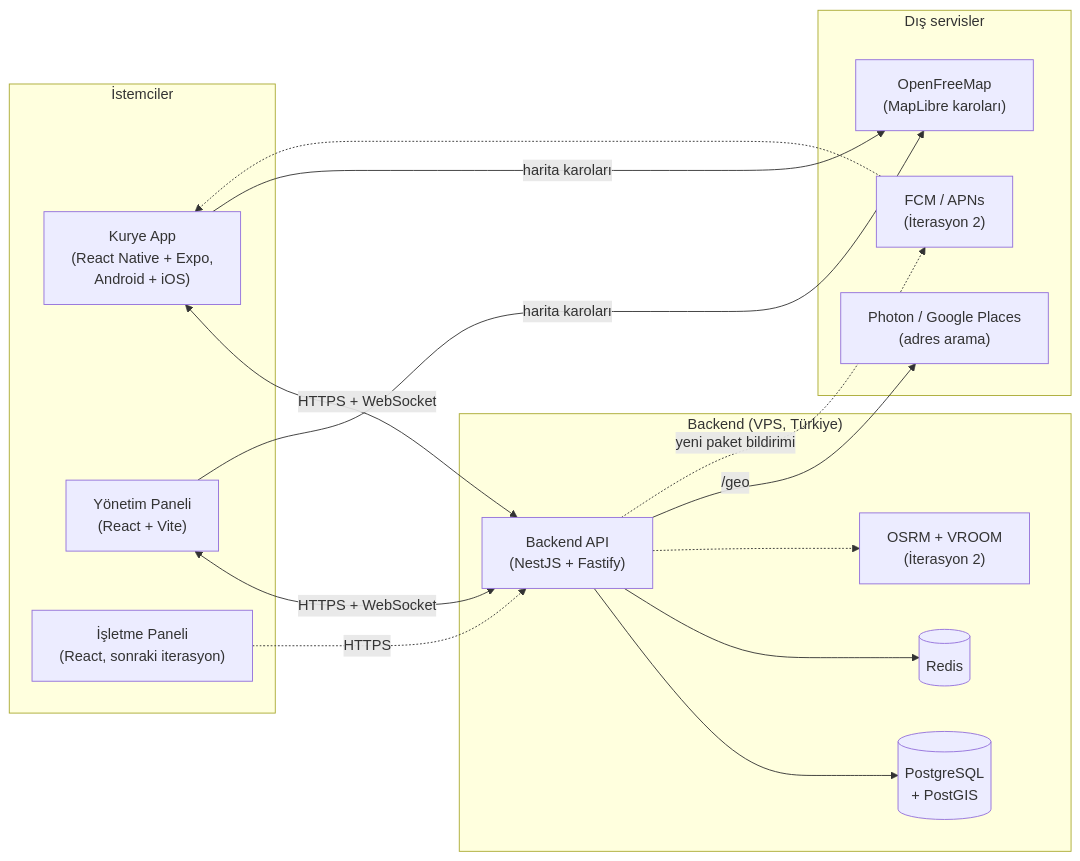
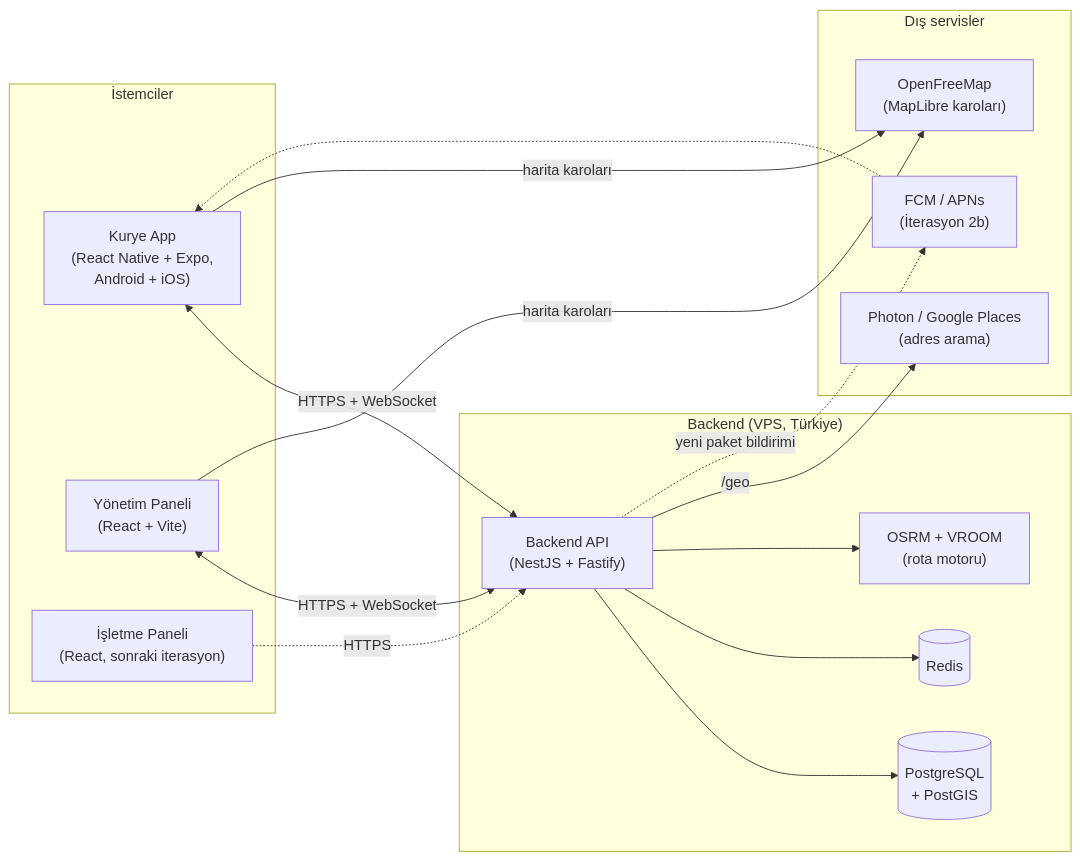
The diagram in README.md (Kadir0642/kurye-yonetim-sistemi-showcase), drawn with Mermaid before and after one commit. The commit also changed other lines of this file and 30 other files, not shown here.

````diff
--- a/README.md
+++ b/README.md
@@ -116,33 +193,33 @@
 ```mermaid
 flowchart LR
     subgraph Istemciler["İstemciler"]
         KA["Kurye App<br/>(React Native + Expo,<br/>Android + iOS)"]
         YP["Yönetim Paneli<br/>(React + Vite)"]
         IP["İşletme Paneli<br/>(React, sonraki iterasyon)"]
     end
 
     subgraph Sunucu["Backend (VPS, Türkiye)"]
         API["Backend API<br/>(NestJS + Fastify)"]
         PG[("PostgreSQL<br/>+ PostGIS")]
         RD[("Redis")]
-        RT["OSRM + VROOM<br/>(İterasyon 2)"]
+        RT["OSRM + VROOM<br/>(rota motoru)"]
     end
 
     subgraph Dis["Dış servisler"]
         OFM["OpenFreeMap<br/>(MapLibre karoları)"]
         GEO["Photon / Google Places<br/>(adres arama)"]
-        PUSH["FCM / APNs<br/>(İterasyon 2)"]
+        PUSH["FCM / APNs<br/>(İterasyon 2b)"]
     end
 
     KA <-->|"HTTPS + WebSocket"| API
     YP <-->|"HTTPS + WebSocket"| API
     IP -.->|"HTTPS"| API
     API --> PG
     API --> RD
-    API -.-> RT
+    API --> RT
     API -->|"/geo"| GEO
     KA -->|"harita karoları"| OFM
     YP -->|"harita karoları"| OFM
     API -.->|"yeni paket bildirimi"| PUSH
     PUSH -.-> KA
 ```
````
